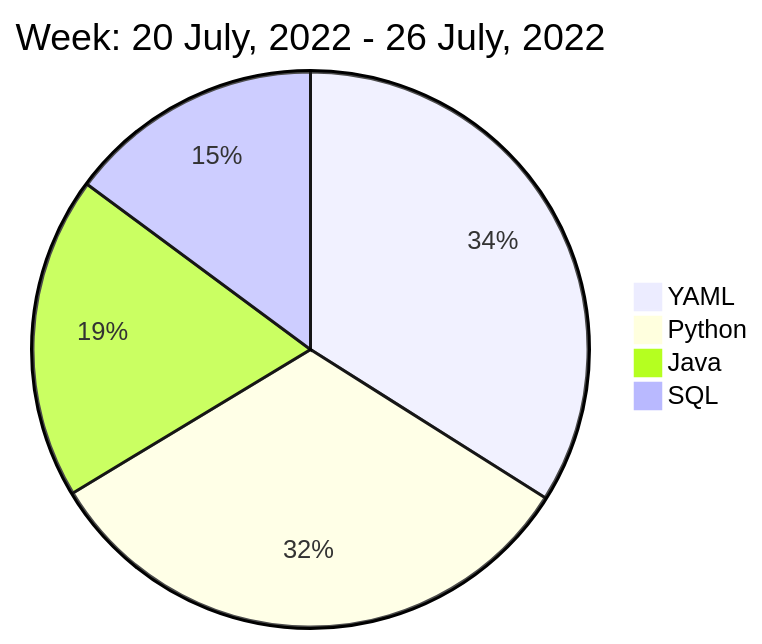
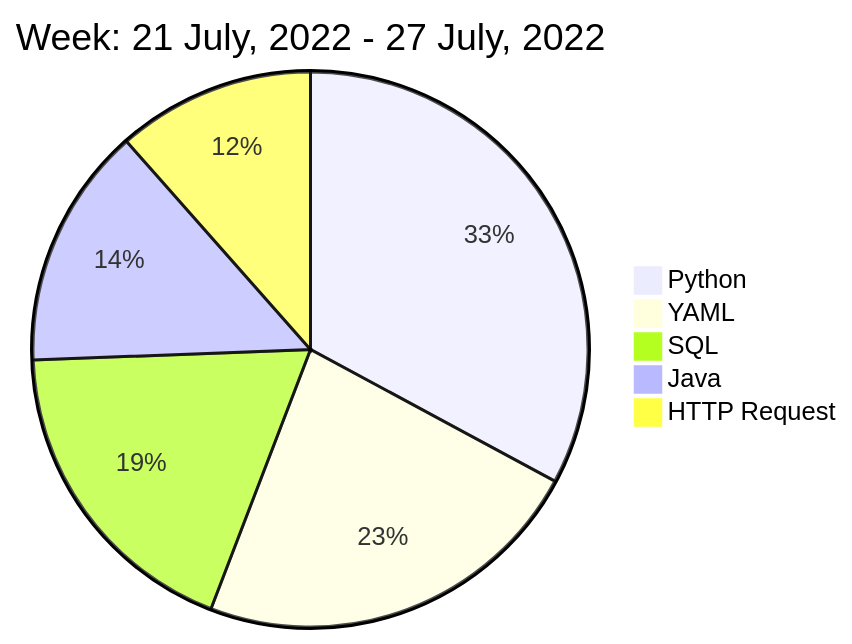
The diagram in README.md (liubin95/liubin95), drawn with Mermaid before and after one commit.

Commit message:
Updated the Graph with new Metrics

````diff
--- a/README.md
+++ b/README.md
@@ -40,8 +40,9 @@
 ```mermaid
  pie
-title Week: 20 July, 2022 - 26 July, 2022
- "YAML" : 3.2
- "Python" : 3.05
- "Java" : 1.77
- "SQL" : 1.4
+title Week: 21 July, 2022 - 27 July, 2022
+ "Python" : 4.48
+ "YAML" : 3.13
+ "SQL" : 2.53
+ "Java" : 1.92
+ "HTTP Request" : 1.57
 ```
````
